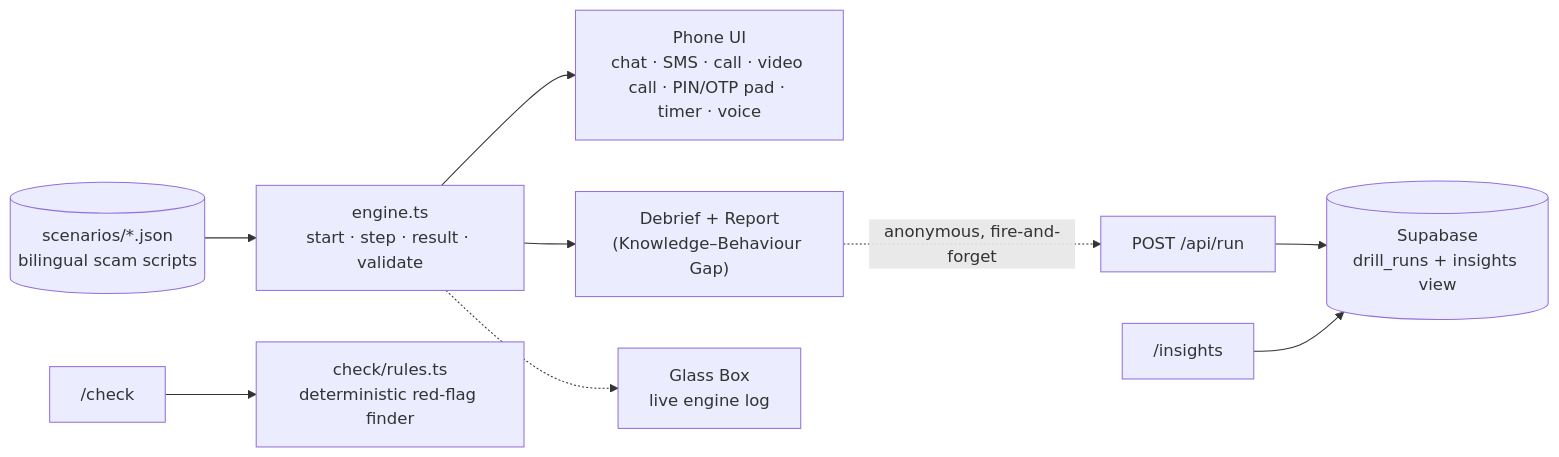
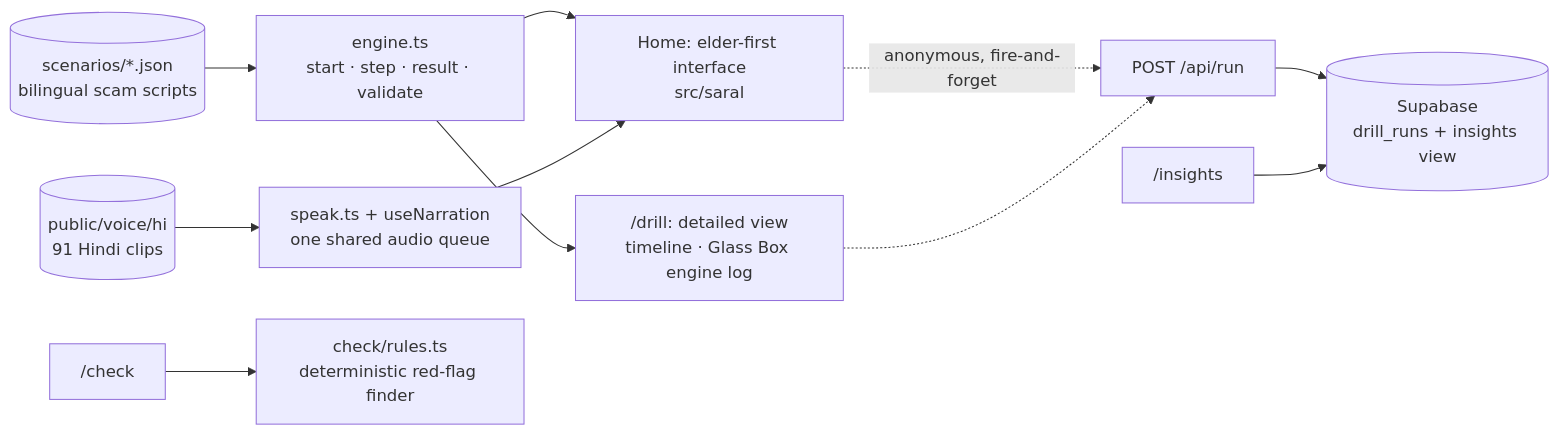
The diagram in README.md (kambojmayan-png/chaukas), drawn with Mermaid before and after one commit. The commit also changed other lines of this file, not shown here.

````diff
--- a/README.md
+++ b/README.md
@@ -42,10 +87,13 @@
 ```mermaid
 flowchart LR
   S[("scenarios/*.json<br/>bilingual scam scripts")] --> E["engine.ts<br/>start · step · result · validate"]
-  E --> UI["Phone UI<br/>chat · SMS · call · video call · PIN/OTP pad · timer · voice"]
-  E --> D["Debrief + Report<br/>(Knowledge–Behaviour Gap)"]
-  E -.-> G["Glass Box<br/>live engine log"]
-  D -. "anonymous, fire-and-forget" .-> A["POST /api/run"] --> DB[("Supabase<br/>drill_runs + insights view")]
+  V[("public/voice/hi<br/>91 Hindi clips")] --> N["speak.ts + useNarration<br/>one shared audio queue"]
+  E --> SA["Home: elder-first interface<br/>src/saral"]
+  N --> SA
+  E --> DV["/drill: detailed view<br/>timeline · Glass Box engine log"]
+  SA -. "anonymous, fire-and-forget" .-> A["POST /api/run"]
+  DV -.-> A
+  A --> DB[("Supabase<br/>drill_runs + insights view")]
   I["/insights"] --> DB
   C["/check"] --> R["check/rules.ts<br/>deterministic red-flag finder"]
 ```
````
